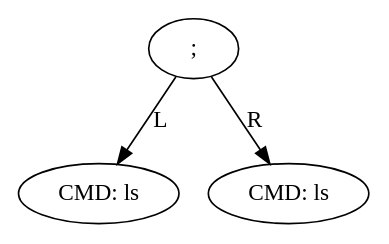
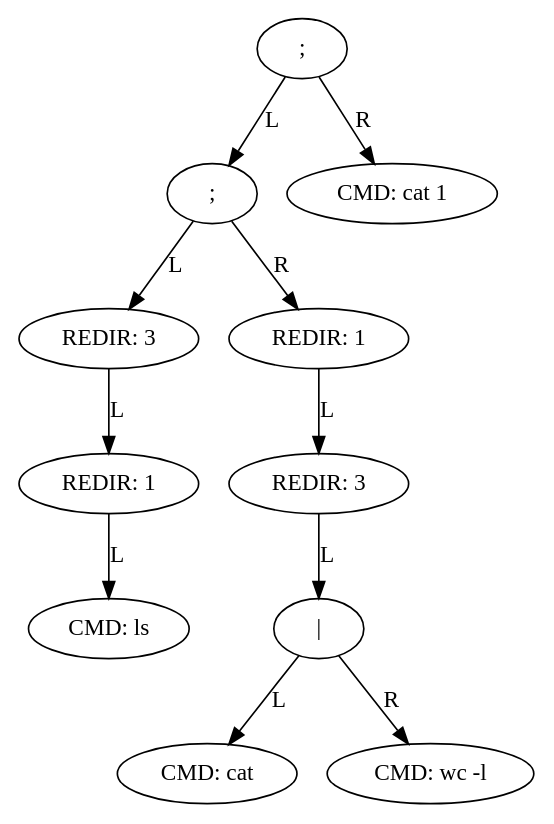
The diagram in ast.dot (zdvman/minishell), drawn with Graphviz before and after one commit. The commit also changed 13 other files, not shown here.

```diff
--- a/ast.dot
+++ b/ast.dot
@@ -1,7 +1,23 @@
 digraph AST {
-"0x1ba0290" [label=";"];
-"0x1ba0290" -> "0x1bbd5f0" [label="L"];
-"0x1bbd5f0" [label="CMD: ls"];
-"0x1ba0290" -> "0x1bbd5a0" [label="R"];
-"0x1bbd5a0" [label="CMD: ls"];
+"0x10b9fb0" [label=";"];
+"0x10b9fb0" -> "0x10b9ef0" [label="L"];
+"0x10b9ef0" [label=";"];
+"0x10b9ef0" -> "0x10b9cb0" [label="L"];
+"0x10b9cb0" [label="REDIR: 3"];
+"0x10b9cb0" -> "0x10b9c40" [label="L"];
+"0x10b9c40" [label="REDIR: 1"];
+"0x10b9c40" -> "0x10b9bd0" [label="L"];
+"0x10b9bd0" [label="CMD: ls"];
+"0x10b9ef0" -> "0x10b9ec0" [label="R"];
+"0x10b9ec0" [label="REDIR: 1"];
+"0x10b9ec0" -> "0x10b9e50" [label="L"];
+"0x10b9e50" [label="REDIR: 3"];
+"0x10b9e50" -> "0x10b9de0" [label="L"];
+"0x10b9de0" [label="|"];
+"0x10b9de0" -> "0x10b9d20" [label="L"];
+"0x10b9d20" [label="CMD: cat"];
+"0x10b9de0" -> "0x10b9db0" [label="R"];
+"0x10b9db0" [label="CMD: wc -l"];
+"0x10b9fb0" -> "0x10b9f80" [label="R"];
+"0x10b9f80" [label="CMD: cat 1"];
 }
```
